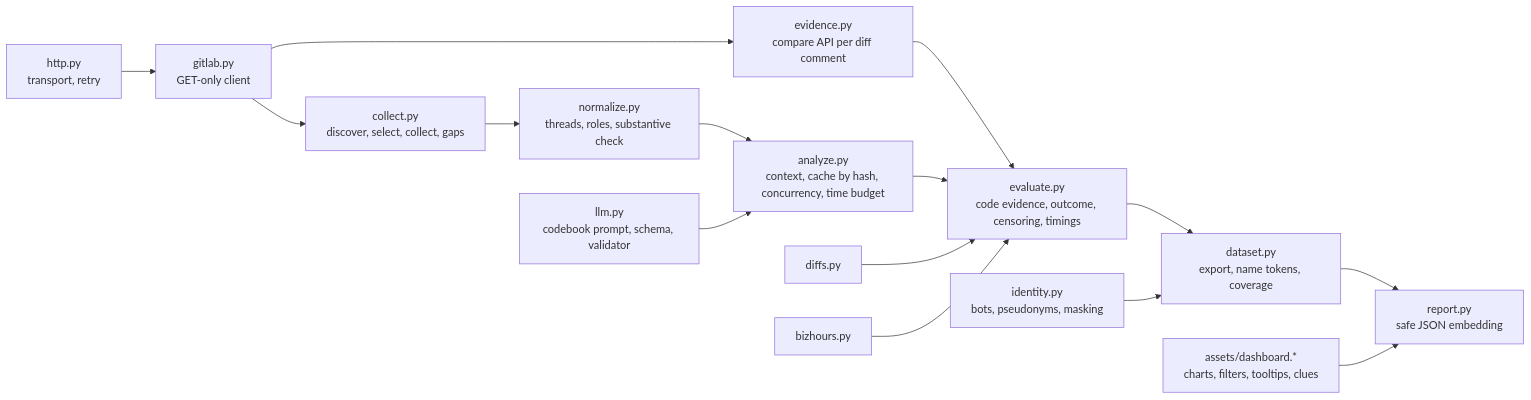
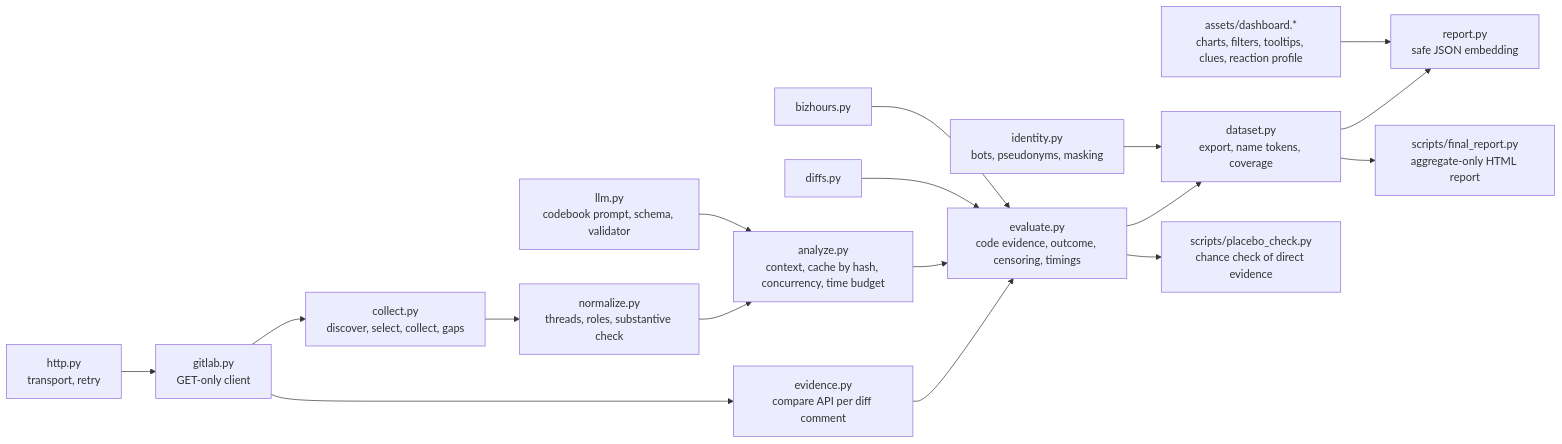
The third of 3 diagrams in 20261126_MR_reviewFeedbackEvaluation/docs/architecture.md (marcelpetrick/codingWithGPT), drawn with Mermaid before and after one commit. The commit also changed other lines of this file and 14 other files, not shown here.

````diff
--- a/20261126_MR_reviewFeedbackEvaluation/docs/architecture.md
+++ b/20261126_MR_reviewFeedbackEvaluation/docs/architecture.md
@@ -47,17 +47,19 @@
 ```mermaid
 flowchart LR
   http["http.py<br/>transport, retry"] --> gl["gitlab.py<br/>GET-only client"]
   gl --> collect["collect.py<br/>discover, select, collect, gaps"]
   collect --> norm["normalize.py<br/>threads, roles, substantive check"]
   norm --> analyze["analyze.py<br/>context, cache by hash, concurrency, time budget"]
   gl --> evid["evidence.py<br/>compare API per diff comment"]
   evid --> evaluate
   llm["llm.py<br/>codebook prompt, schema, validator"] --> analyze
   analyze --> evaluate["evaluate.py<br/>code evidence, outcome, censoring, timings"]
   diffs["diffs.py"] --> evaluate
   biz["bizhours.py"] --> evaluate
   evaluate --> dataset["dataset.py<br/>export, name tokens, coverage"]
   ident["identity.py<br/>bots, pseudonyms, masking"] --> dataset
   dataset --> report["report.py<br/>safe JSON embedding"]
-  assets["assets/dashboard.*<br/>charts, filters, tooltips, clues"] --> report
+  assets["assets/dashboard.*<br/>charts, filters, tooltips, clues, reaction profile"] --> report
+  evaluate --> placebo["scripts/placebo_check.py<br/>chance check of direct evidence"]
+  dataset --> final["scripts/final_report.py<br/>aggregate-only HTML report"]
 ```
````
